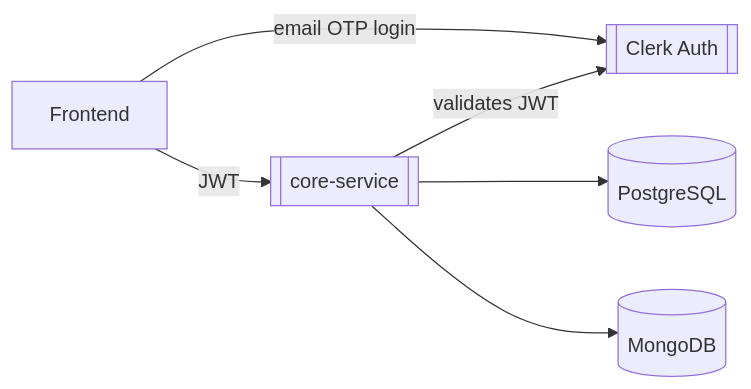
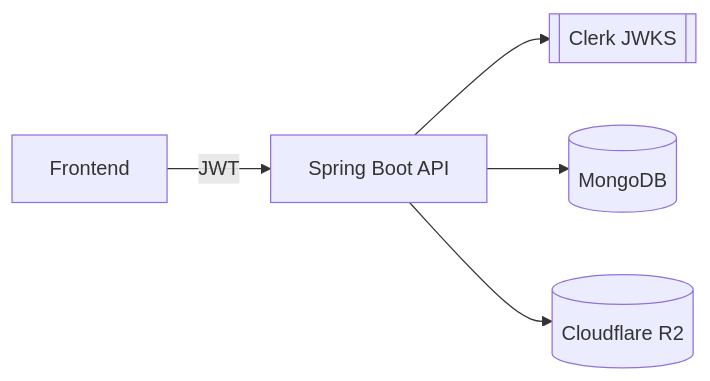
Before and after one commit to l-quincy01/docstack: the first of 5 diagrams in README.md, drawn with Mermaid. The commit also changed other lines of this file and 12 other files, not shown here.

````diff
--- a/README.md
+++ b/README.md
@@ -67,8 +131,7 @@
 ```mermaid
 flowchart LR
-    FE[Frontend] -- email OTP login --> Clerk[[Clerk Auth]]
-    API[[core-service]] -- validates JWT --> Clerk
-    API --> Postgres[(PostgreSQL)]
+    FE[Frontend] -->|JWT| API[Spring Boot API]
+    API --> Clerk[[Clerk JWKS]]
     API --> Mongo[(MongoDB)]
-    FE -->|JWT| API
+    API --> R2[(Cloudflare R2)]
 ```
````
